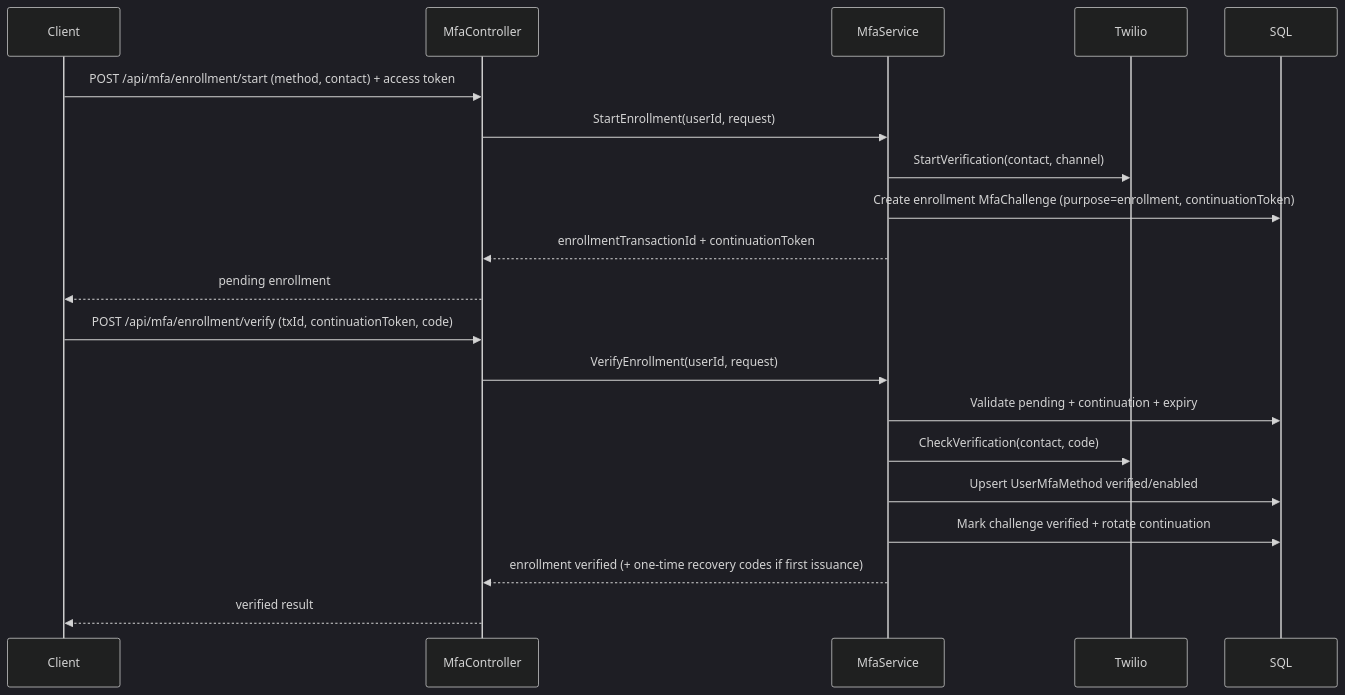
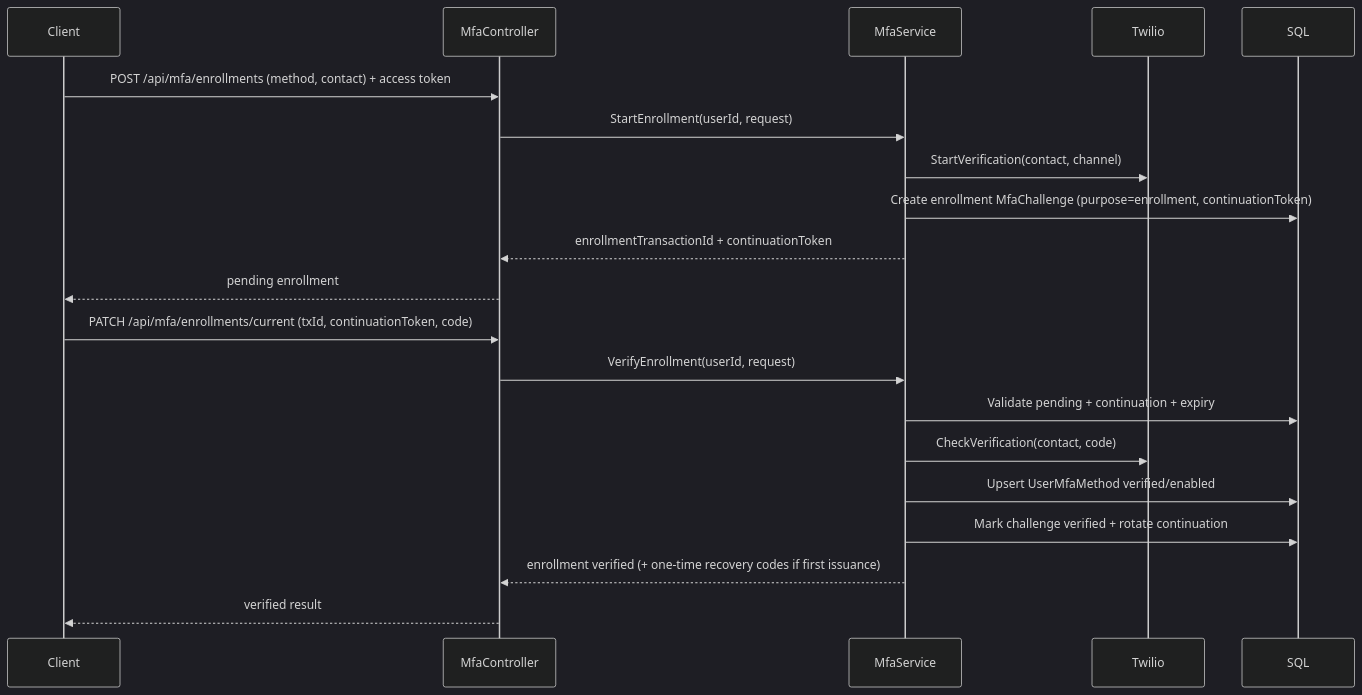
One commit to davidrosas0192-cmd/Authentication.MFA changed the third of 4 diagrams in Docs/FINAL_BACKEND_TECHNICAL_DOCUMENTATION.md. Above: the diagram before and after it, drawn with Mermaid (dark theme). The commit also changed other lines of this file and 6 other files, not shown here.

````diff
--- a/Docs/FINAL_BACKEND_TECHNICAL_DOCUMENTATION.md
+++ b/Docs/FINAL_BACKEND_TECHNICAL_DOCUMENTATION.md
@@ -245,24 +239,24 @@
 ```mermaid
 sequenceDiagram
     participant Client
     participant MfaC as MfaController
     participant MfaS as MfaService
     participant Twilio
     participant DB as SQL
 
-    Client->>MfaC: POST /api/mfa/enrollment/start (method, contact) + access token
+    Client->>MfaC: POST /api/mfa/enrollments (method, contact) + access token
     MfaC->>MfaS: StartEnrollment(userId, request)
     MfaS->>Twilio: StartVerification(contact, channel)
     MfaS->>DB: Create enrollment MfaChallenge (purpose=enrollment, continuationToken)
     MfaS-->>MfaC: enrollmentTransactionId + continuationToken
     MfaC-->>Client: pending enrollment
 
-    Client->>MfaC: POST /api/mfa/enrollment/verify (txId, continuationToken, code)
+    Client->>MfaC: PATCH /api/mfa/enrollments/current (txId, continuationToken, code)
     MfaC->>MfaS: VerifyEnrollment(userId, request)
     MfaS->>DB: Validate pending + continuation + expiry
     MfaS->>Twilio: CheckVerification(contact, code)
     MfaS->>DB: Upsert UserMfaMethod verified/enabled
     MfaS->>DB: Mark challenge verified + rotate continuation
     MfaS-->>MfaC: enrollment verified (+ one-time recovery codes if first issuance)
     MfaC-->>Client: verified result
 ```
````
